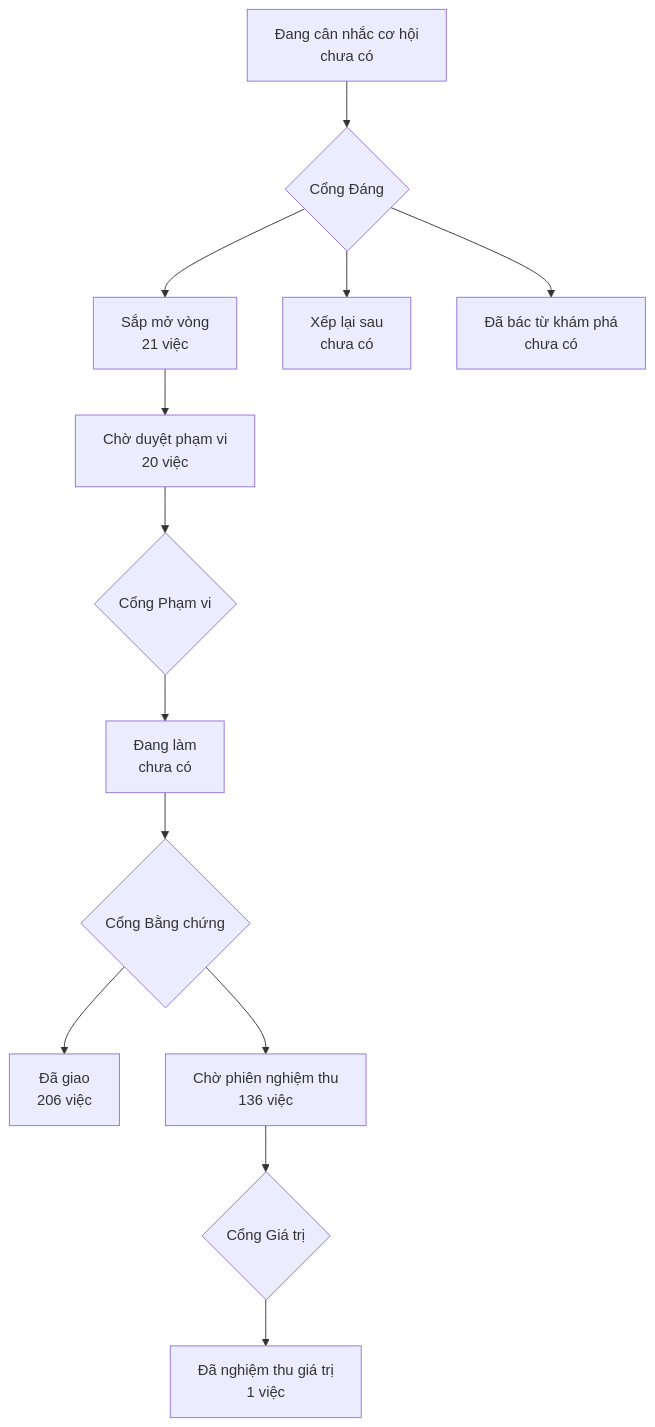
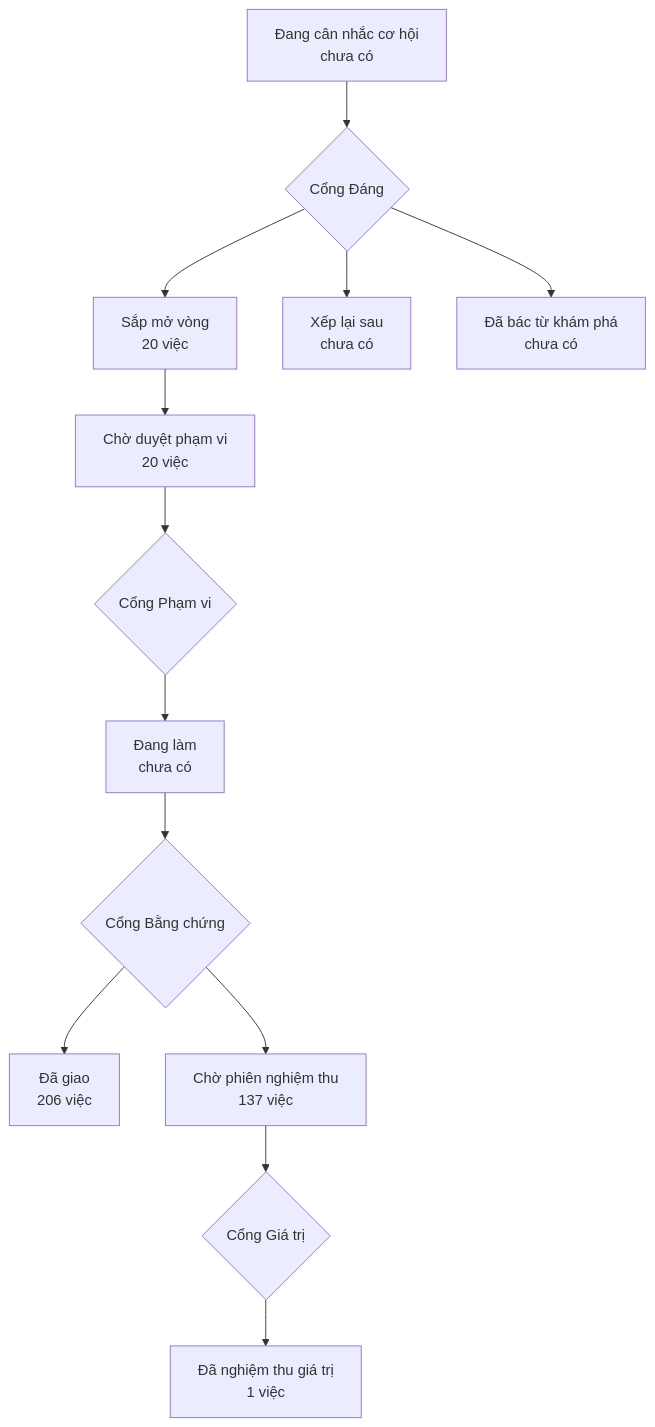
The diagram in PRODUCT-MAP.md (phanlemanh/onehub-invest), drawn with Mermaid before and after one commit. The commit also changed other lines of this file and 1 other file, not shown here.

Commit message:
docs: vẽ lại PRODUCT-MAP và LO-TRINH sau khi nhận main

````diff
--- a/PRODUCT-MAP.md
+++ b/PRODUCT-MAP.md
@@ -7,12 +7,12 @@
 ```mermaid
 flowchart TD
   A["Đang cân nhắc cơ hội<br/>chưa có"] --> GD{"Cổng Đáng"}
-  GD --> B["Sắp mở vòng<br/>21 việc"]
+  GD --> B["Sắp mở vòng<br/>20 việc"]
   GD --> XL["Xếp lại sau<br/>chưa có"]
   GD --> DB["Đã bác từ khám phá<br/>chưa có"]
   B --> CD["Chờ duyệt phạm vi<br/>20 việc"] --> GP{"Cổng Phạm vi"}
   GP --> DL["Đang làm<br/>chưa có"] --> GB{"Cổng Bằng chứng"}
   GB --> DG["Đã giao<br/>206 việc"]
-  GB --> CN["Chờ phiên nghiệm thu<br/>136 việc"] --> GG{"Cổng Giá trị"}
+  GB --> CN["Chờ phiên nghiệm thu<br/>137 việc"] --> GG{"Cổng Giá trị"}
   GG --> NT["Đã nghiệm thu giá trị<br/>1 việc"]
 ```
````
